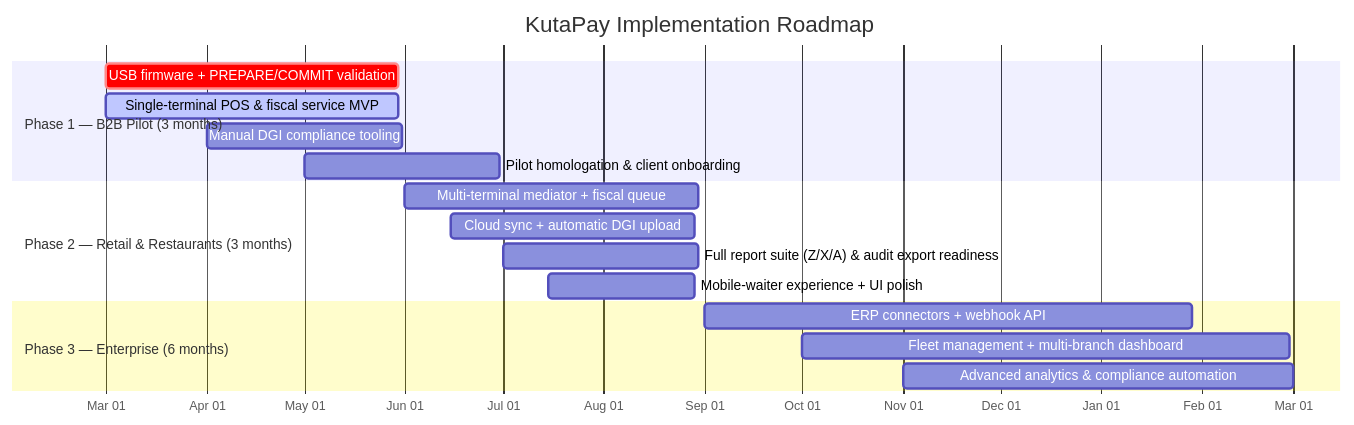
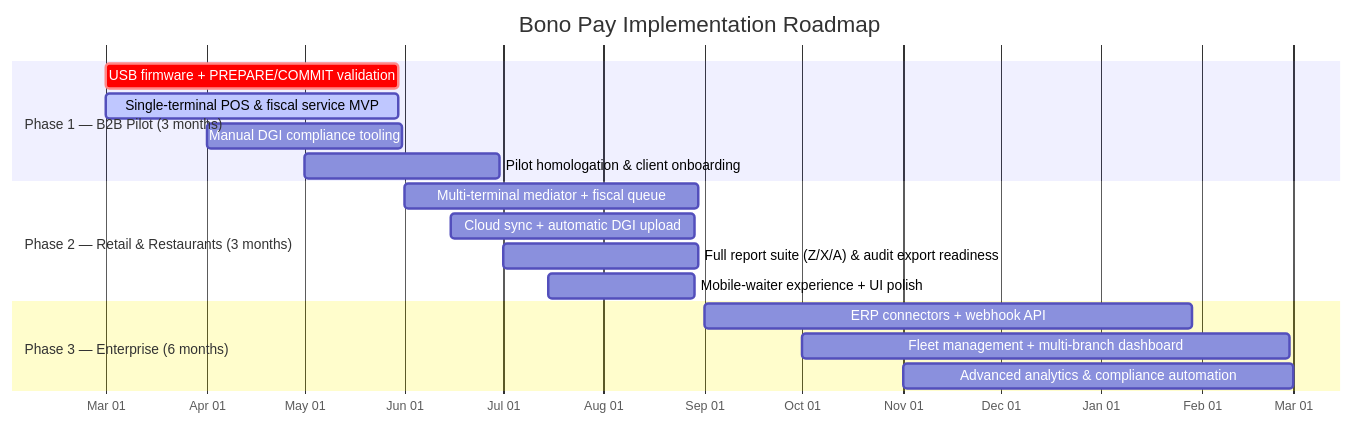
Before and after one commit to kupapay/docs: the diagram in design/docs/implementation/roadmap.md, drawn with Mermaid. The commit also changed other lines of this file and 21 other files, not shown here.

Commit message:
docs: rename product from KutaPay to Bono Pay across all docs and diagrams

````diff
--- a/design/docs/implementation/roadmap.md
+++ b/design/docs/implementation/roadmap.md
@@ -9,23 +9,23 @@
 ```mermaid
 gantt
-    title KutaPay Implementation Roadmap
+    title Bono Pay Implementation Roadmap
     dateFormat  YYYY-MM-DD
     axisFormat  %b %d
 
     section Phase 1 — B2B Pilot (3 months)
     USB firmware + PREPARE/COMMIT validation :crit, 2026-03-01, 90d
     Single-terminal POS & fiscal service MVP :active, 2026-03-01, 90d
     Manual DGI compliance tooling : 2026-04-01, 60d
     Pilot homologation & client onboarding : 2026-05-01, 60d
 
     section Phase 2 — Retail & Restaurants (3 months)
     Multi-terminal mediator + fiscal queue : 2026-06-01, 90d
     Cloud sync + automatic DGI upload : 2026-06-15, 75d
     Full report suite (Z/X/A) & audit export readiness : 2026-07-01, 60d
     Mobile-waiter experience + UI polish : 2026-07-15, 45d
 
     section Phase 3 — Enterprise (6 months)
     ERP connectors + webhook API : 2026-09-01, 150d
     Fleet management + multi-branch dashboard : 2026-10-01, 150d
     Advanced analytics & compliance automation : 2026-11-01, 120d
 ```
````
